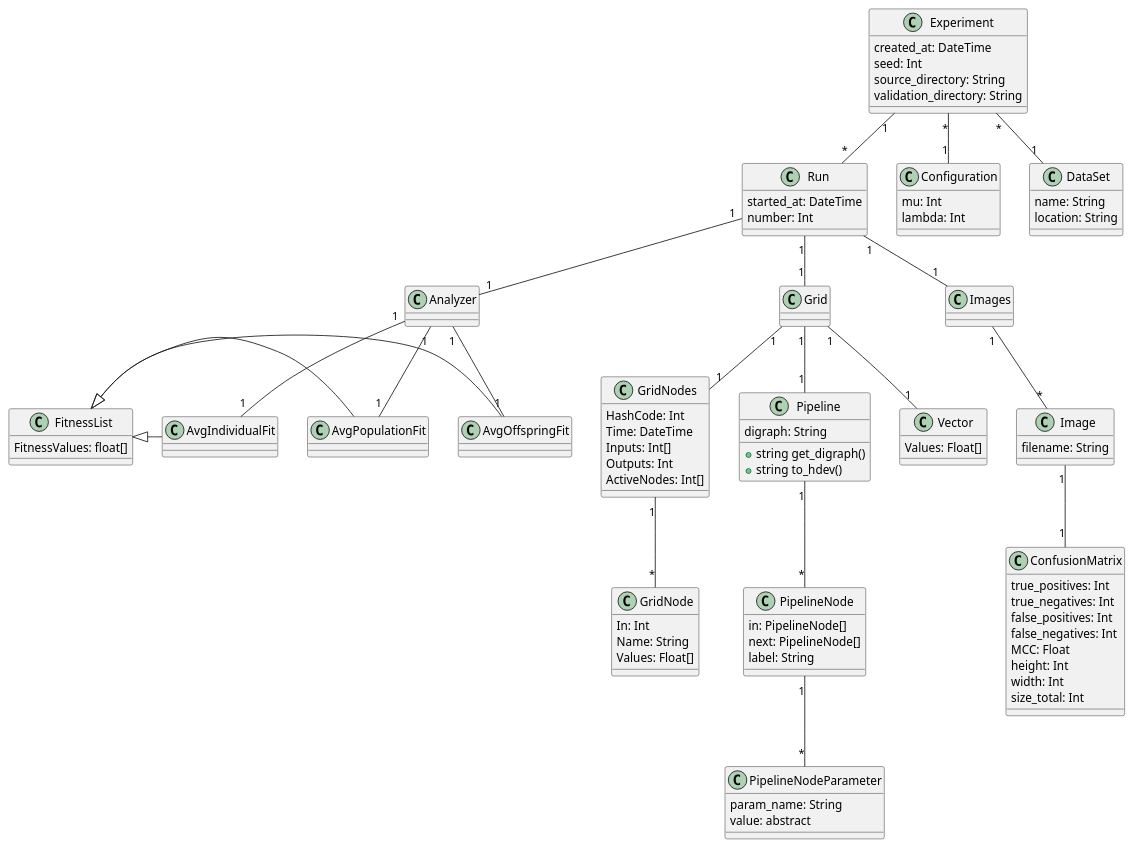
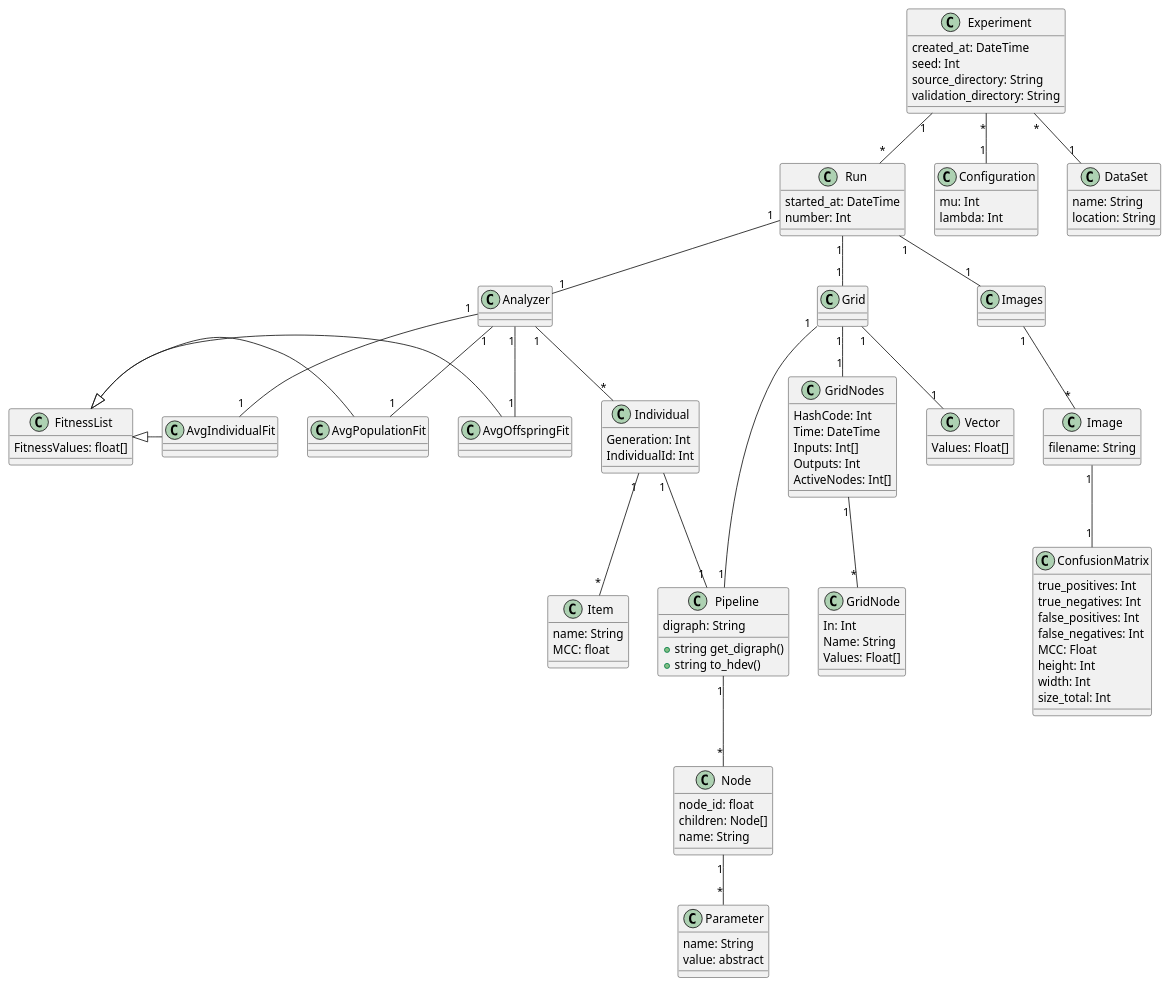
One commit to anmarchio/experiments changed the diagram in diagrams/DataModel.md. Above: the diagram before and after it, drawn with PlantUML.

```diff
--- a/diagrams/DataModel.md
+++ b/diagrams/DataModel.md
@@ -36,6 +36,16 @@
 
 class AvgIndividualFit
 
+class Individual {
+  Generation: Int
+  IndividualId: Int
+}
+
+class Item {
+  name: String
+  MCC: float
+}
+
 class Grid
 class GridNodes {
   HashCode: Int
@@ -55,14 +65,14 @@
   + string to_hdev()
 }
 
-class PipelineNode {
-  in: PipelineNode[]
-  next: PipelineNode[]
-  label: String
+class Node {
+  node_id: float
+  children: Node[]
+  name: String
 }
 
-class PipelineNodeParameter {
-  param_name: String
+class Parameter {
+  name: String
   value: abstract
 }
 
@@ -98,14 +108,17 @@
 Analyzer "1" -- "1" AvgOffspringFit 
 Analyzer "1" -- "1" AvgPopulationFit
 Analyzer "1" -- "1" AvgIndividualFit
+Analyzer "1" -- "*" Individual
+Individual "1" -- "*" Item
+Individual "1" -- "1" Pipeline
 
 Run "1" -- "1" Grid
 Grid "1" -- "1" GridNodes
 GridNodes "1" -- "*" GridNode
 Grid "1" -- "1" Pipeline
 Grid "1" -- "1" Vector
-Pipeline "1" -- "*" PipelineNode
-PipelineNode "1" -- "*" PipelineNodeParameter
+Pipeline "1" -- "*" Node
+Node "1" -- "*" Parameter
 
 Run "1" -- "1" Images
 Images "1" -- "*" Image
```
